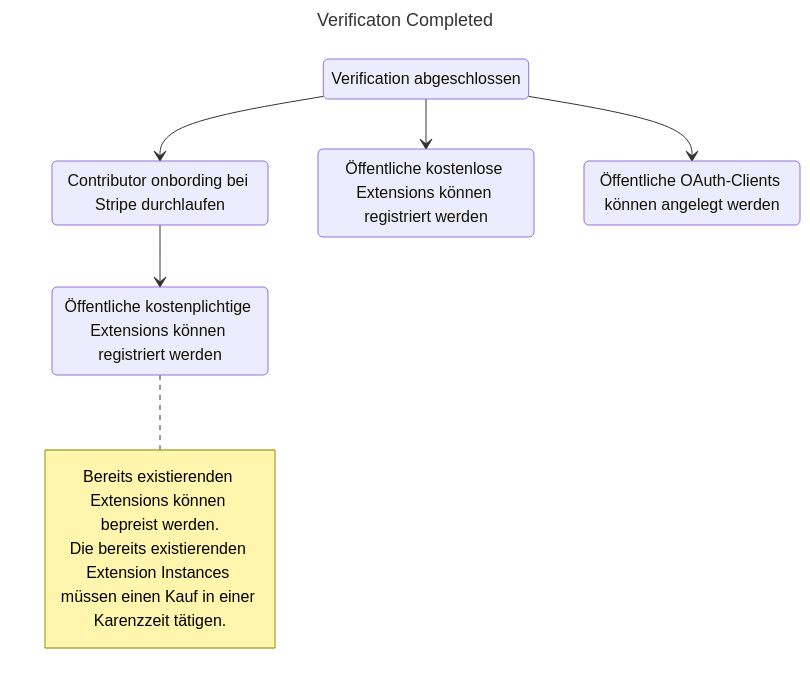
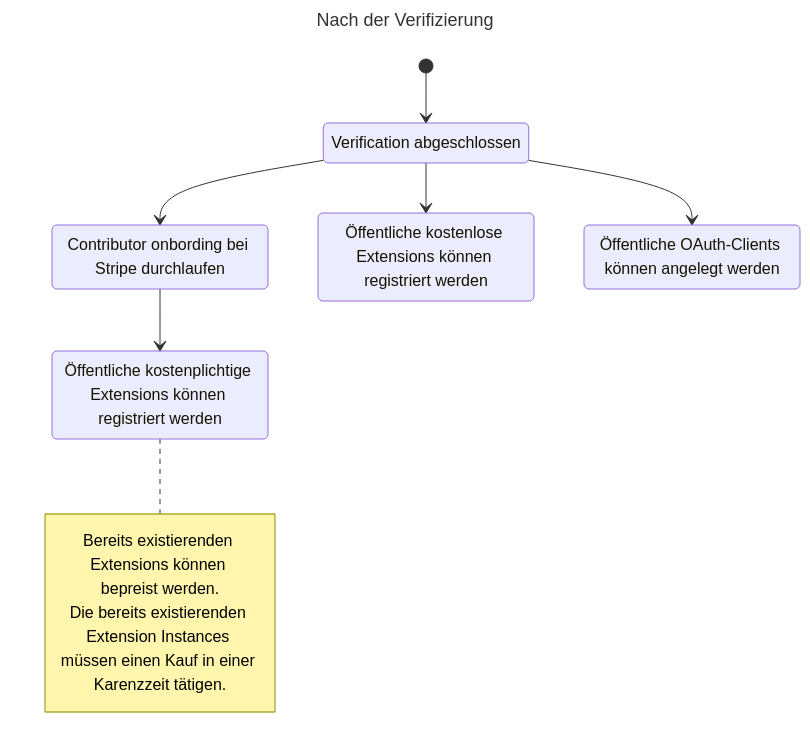
One commit to mittwald/developer-portal changed the second of 2 diagrams in i18n/de/docusaurus-plugin-content-docs/current/contribution/30-overview/3-contributor.mdx. Above: the diagram before and after it, drawn with Mermaid. The commit also changed other lines of this file and 1 other file, not shown here.

Commit message:
improve diagrams

````diff
--- a/i18n/de/docusaurus-plugin-content-docs/current/contribution/30-overview/3-contributor.mdx
+++ b/i18n/de/docusaurus-plugin-content-docs/current/contribution/30-overview/3-contributor.mdx
@@ -35,22 +36,23 @@
 ```mermaid
 ---
-title: Verificaton Completed
+title: Nach der Verifizierung
 ---
 
 stateDiagram-v2
     C3: Verification abgeschlossen
     C4: Contributor onbording bei Stripe durchlaufen
     E2: Öffentliche kostenlose Extensions können registriert werden
     E3: Öffentliche kostenplichtige Extensions können registriert werden
     O2: Öffentliche OAuth-Clients können angelegt werden
 
     note right of E3
         Bereits existierenden Extensions können bepreist werden.
         Die bereits existierenden Extension Instances müssen einen Kauf in einer Karenzzeit tätigen.
     end note
 
+    [*] --> C3
     C3 --> E2
     C3 --> C4
     C3 --> O2
     C4 --> E3
 ```
````
